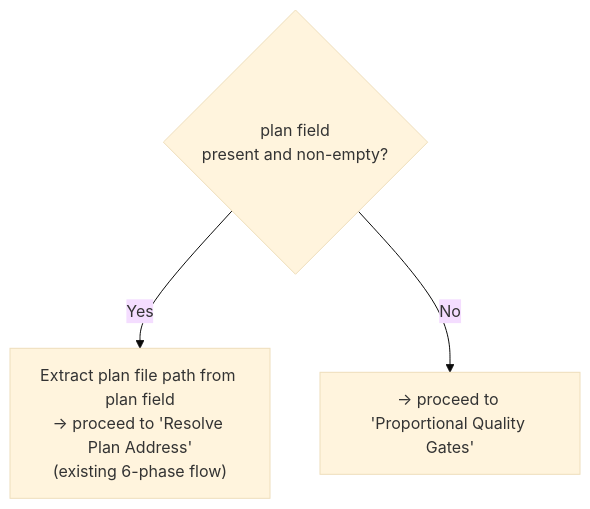
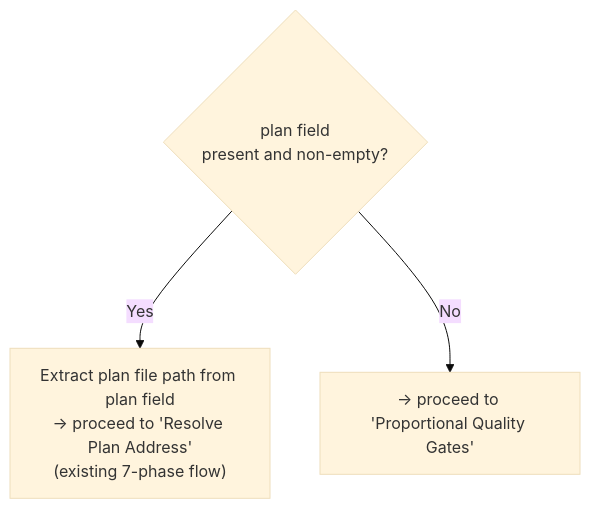
One commit to chgreer1070/claude_skills changed the second of 10 diagrams in plugins/development-harness/skills/complete-implementation/SKILL.md. Above: the diagram before and after it, drawn with Mermaid (base theme). The commit also changed other lines of this file and 1 other file, not shown here.

First line of the commit message:
fix(complete-implementation): update stale 6-phase prose to 7-phase (F1 + F4)

````diff
--- a/plugins/development-harness/skills/complete-implementation/SKILL.md
+++ b/plugins/development-harness/skills/complete-implementation/SKILL.md
@@ -68,6 +68,6 @@
 ```mermaid
 flowchart TD
     Plan{plan field<br>present and non-empty?}
-    Plan -->|Yes| AutoResolve["Extract plan file path from plan field<br>→ proceed to 'Resolve Plan Address'<br>(existing 6-phase flow)"]
+    Plan -->|Yes| AutoResolve["Extract plan file path from plan field<br>→ proceed to 'Resolve Plan Address'<br>(existing 7-phase flow)"]
     Plan -->|No| PropFlow["→ proceed to 'Proportional Quality Gates'"]
 ```
````
